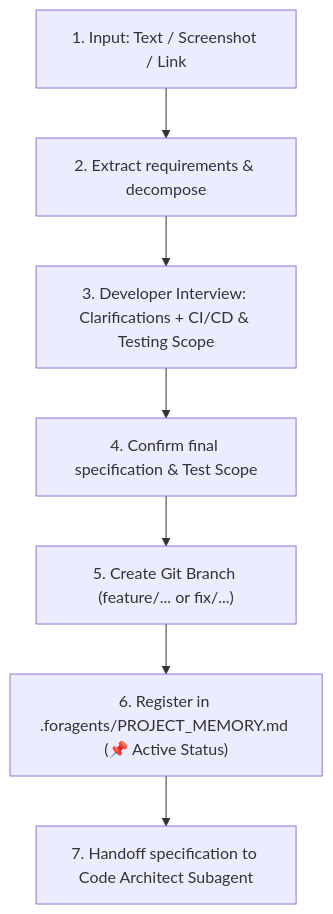
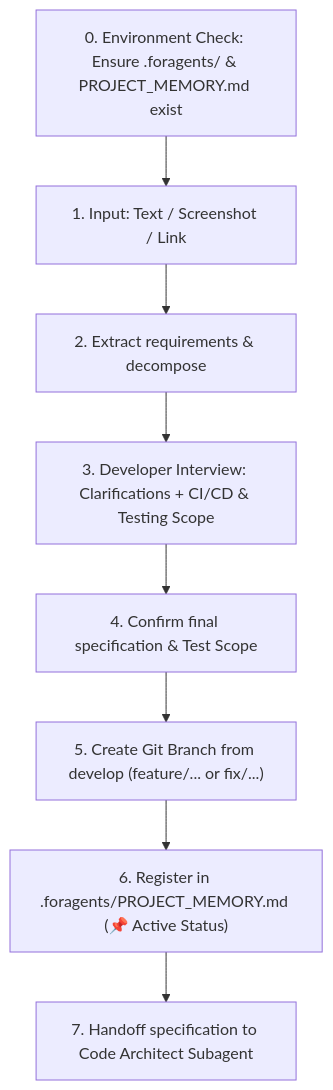
One commit to ReenBo/unity6-ai-workflow changed the diagram in subagents/task-analyzer.md. Above: the diagram before and after it, drawn with Mermaid. The commit also changed other lines of this file and 14 other files, not shown here.

Commit message:
feat(workflow): formalize develop default/PR branch and autonomous .foragents auto-init

````diff
--- a/subagents/task-analyzer.md
+++ b/subagents/task-analyzer.md
@@ -16,9 +16,10 @@
 ```mermaid
 graph TD
-    Input["1. Input: Text / Screenshot / Link"] --> Extract["2. Extract requirements & decompose"]
+    Init["0. Environment Check: Ensure .foragents/ & PROJECT_MEMORY.md exist"] --> Input["1. Input: Text / Screenshot / Link"]
+    Input --> Extract["2. Extract requirements & decompose"]
     Extract --> Interview["3. Developer Interview: Clarifications + CI/CD & Testing Scope"]
     Interview --> Approved["4. Confirm final specification & Test Scope"]
-    Approved --> Branch["5. Create Git Branch (feature/... or fix/...)"]
+    Approved --> Branch["5. Create Git Branch from develop (feature/... or fix/...)"]
     Branch --> Track["6. Register in .foragents/PROJECT_MEMORY.md (📌 Active Status)"]
     Track --> Handoff["7. Handoff specification to Code Architect Subagent"]
 ```
````
